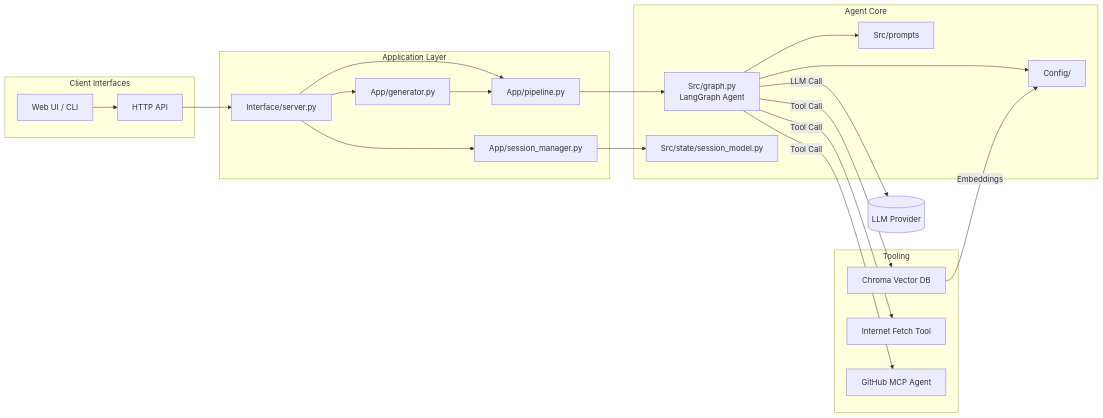
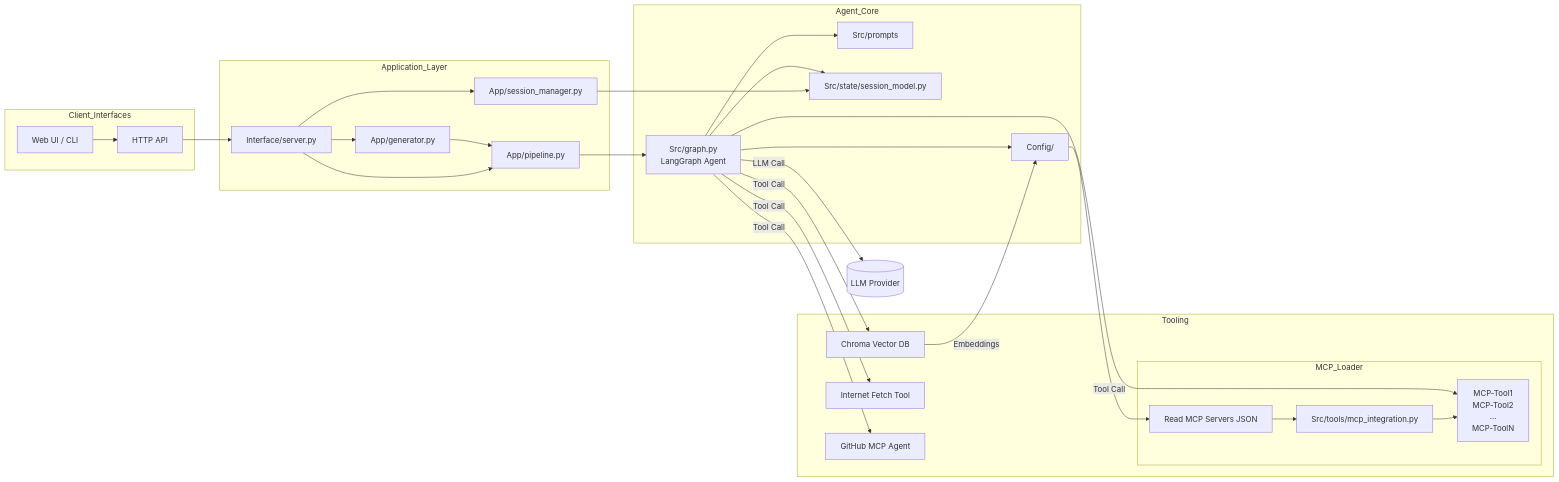
The diagram in readme.md (Sakshamtomar2004/Women_Safety_AI_Agent), drawn with Mermaid before and after one commit.

````diff
--- a/readme.md
+++ b/readme.md
@@ -3,42 +3,78 @@
 ```mermaid
-flowchart LR
-    subgraph Client Interfaces
-        UI[Web UI / CLI]
-        API[HTTP API]
-    end
 
-  subgraph Application Layer
+   flowchart LR
+
+%% ===========================
+%% CLIENT INTERFACES
+%% ===========================
+subgraph Client_Interfaces
+    UI[Web UI / CLI]
+    API[HTTP API]
+end
+
+%% ===========================
+%% APPLICATION LAYER
+%% ===========================
+subgraph Application_Layer
     Server[Interface/server.py]
     ResponseGen[App/generator.py]
     PipelineRunner[App/pipeline.py]
     Sessions[App/session_manager.py]
+end
+
+%% ===========================
+%% AGENT CORE
+%% ===========================
+subgraph Agent_Core
+    Graph[Src/graph.py<br/>LangGraph Agent]
+    Prompts[Src/prompts]
+    Configs[Config/]
+    SessionModel[Src/state/session_model.py]
+end
+
+%% ===========================
+%% TOOLING LAYER
+%% ===========================
+subgraph Tooling
+    VectorDB[Chroma Vector DB]
+    WebFetcher[Internet Fetch Tool]
+    GitHubMCP[GitHub MCP Agent]
+
+    subgraph MCP_Loader
+        ConfigRead[Read MCP Servers JSON]
+        MCPIntegration[Src/tools/mcp_integration.py]
+        MCPTools[MCP-Tool1<br/>MCP-Tool2<br/>…<br/>MCP-ToolN]
     end
+end
 
-    subgraph Agent Core
-        Graph[Src/graph.py<br/>LangGraph Agent]
-        Prompts[Src/prompts]
-        Configs[Config/]
-        SessionModel[Src/state/session_model.py]
-    end
+%% ===========================
+%% WORKFLOW WIRES
+%% ===========================
+UI --> API --> Server
+Server --> ResponseGen
+Server --> PipelineRunner
+Server --> Sessions
 
-    subgraph Tooling
-        VectorDB[Chroma Vector DB]
-        WebFetcher[Internet Fetch Tool]
-        GitHubMCP[GitHub MCP Agent]
-    end
+ResponseGen --> PipelineRunner
+PipelineRunner --> Graph
+Sessions --> SessionModel
 
-  UI --> API --> Server
-  Server --> ResponseGen
-  Server --> PipelineRunner
-  Server --> Sessions
-  ResponseGen --> PipelineRunner
-  PipelineRunner --> Graph
-  Sessions --> SessionModel
-    Graph --> Prompts
-    Graph --> Configs
-    Graph -->|LLM Call| LLM[(LLM Provider)]
-    Graph -->|Tool Call| VectorDB
-    Graph -->|Tool Call| WebFetcher
-    Graph -->|Tool Call| GitHubMCP
-    VectorDB -->|Embeddings| Configs
+Configs --> ConfigRead --> MCPIntegration --> MCPTools
+
+Graph --> Prompts
+Graph --> Configs
+Graph --> SessionModel
+
+Graph -->|LLM Call| LLMProvider[(LLM Provider)]
+
+Graph -->|Tool Call| VectorDB
+Graph -->|Tool Call| WebFetcher
+Graph -->|Tool Call| GitHubMCP
+
+%% ===========================
+%% CLEAN DIRECT MCP TOOL CALL
+%% ===========================
+Graph -->|Tool Call| MCPTools
+
+VectorDB -->|Embeddings| Configs
 ```
````
